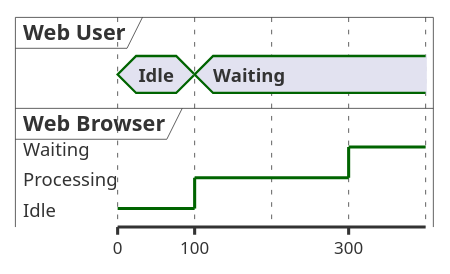
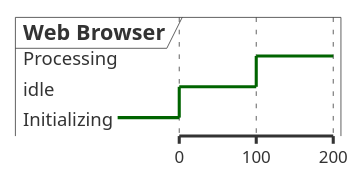
Diagram 13 of 13 in plugins/plantuml/skills/timing-diagram/SKILL.md (studykit/studykit-marketplace), drawn with PlantUML before and after one commit. The commit also changed other lines of this file and 9 other files, not shown here.

First line of the commit message:
refactor: trim PlantUML skill SKILL.md files and extract advanced references

````diff
--- a/plugins/plantuml/skills/timing-diagram/SKILL.md
+++ b/plugins/plantuml/skills/timing-diagram/SKILL.md
@@ -763,20 +281,14 @@
 ```plantuml
 @startuml
-manual time-axis
 scale 100 as 50 pixels
 
-concise "Web User" as WU
 robust "Web Browser" as WB
+WB is Initializing
 
 @0
-WU is Idle
-WB is Idle
+WB is idle
 
 @100
-WU is Waiting
 WB is Processing
-
-@300
-WB is Waiting
 @enduml
 ```
````
